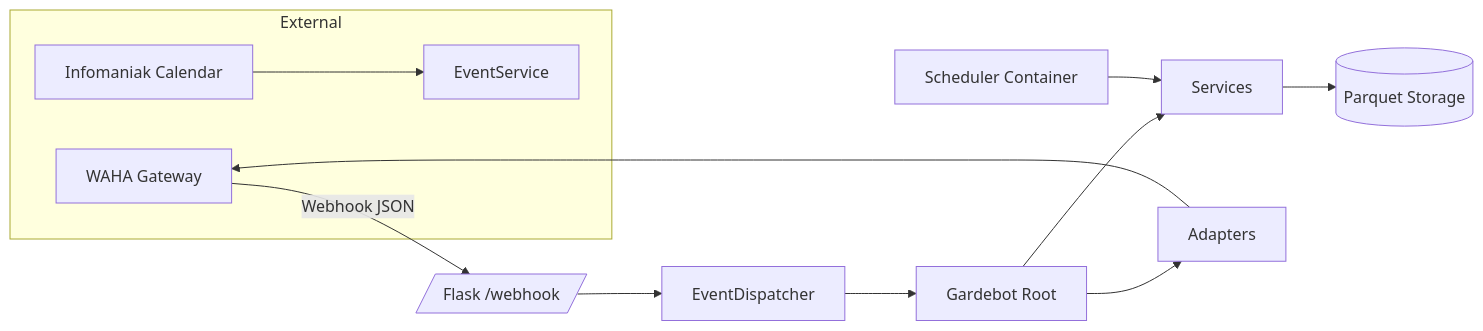
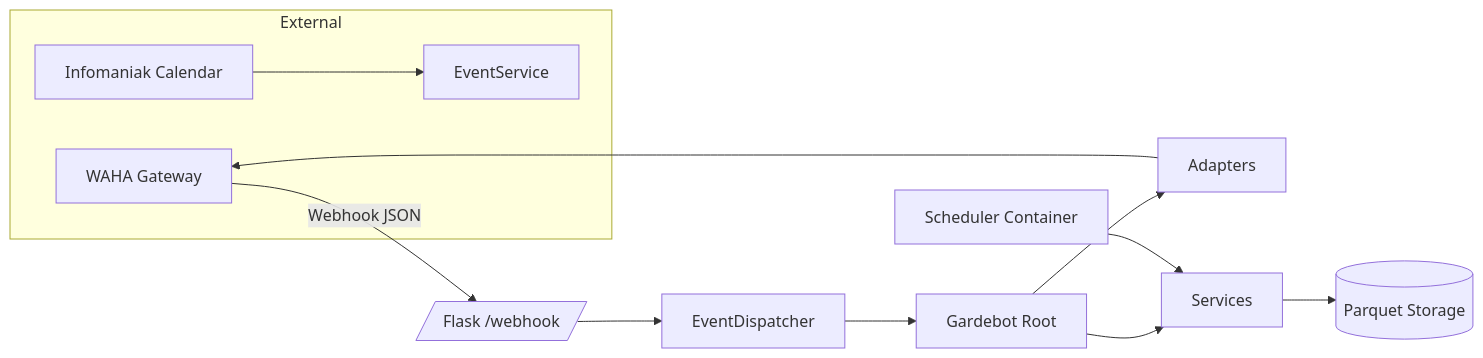
Before and after one commit to Gardebot/Gardebot: the first of 3 diagrams in README.md, drawn with Mermaid. The commit also changed other lines of this file, not shown here.

````diff
--- a/README.md
+++ b/README.md
@@ -17,15 +18,15 @@
 ```mermaid
 flowchart LR
     subgraph External
       Cal[Infomaniak Calendar] --> EventService
       WAHA[WAHA Gateway]
     end
     WAHA -->|Webhook JSON| WebApp[/Flask /webhook/]
     WebApp --> Dispatcher[EventDispatcher]
     Dispatcher --> Core[Gardebot Root]
+    Core --> Adapters
     Core --> Services
-    Core --> Adapters
-    Services --> Repos[(Parquet Storage)]
+    Services --> Repositories[(Parquet Storage)]
     Cron[Scheduler Container] --> Services
     Adapters --> WAHA
 ```
````
